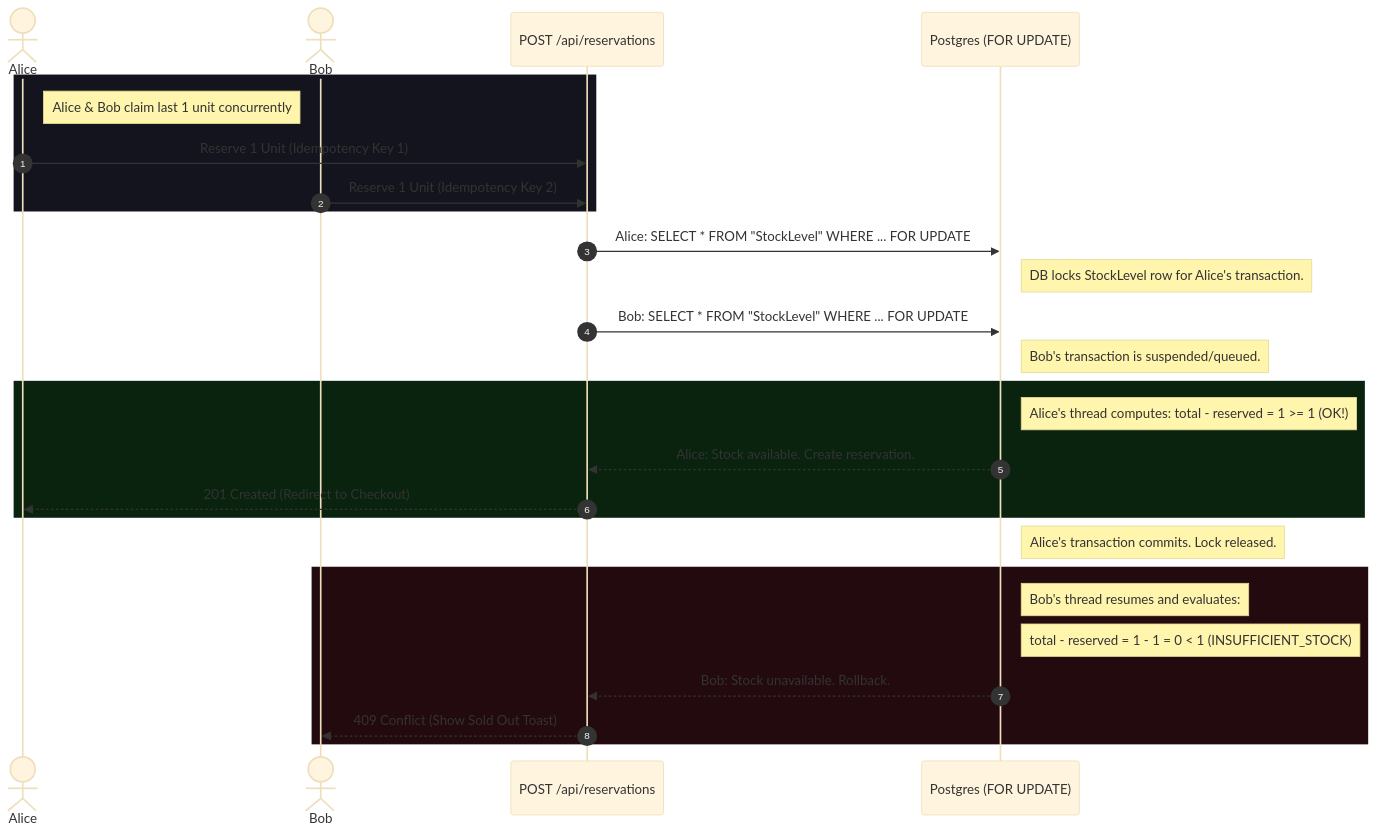
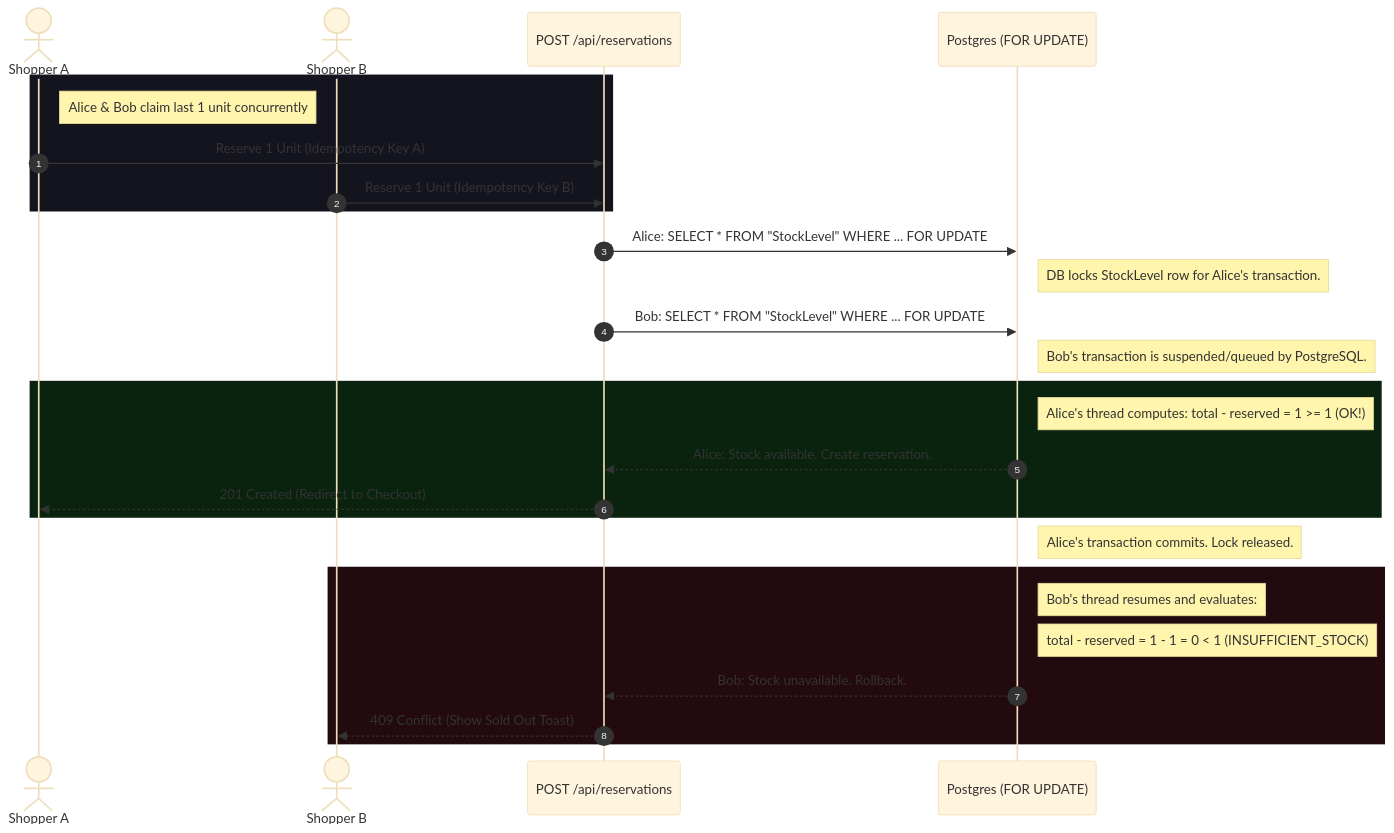
The diagram in README.md (chethan264/allo_health), drawn with Mermaid (base theme) before and after one commit. The commit also changed other lines of this file, not shown here.

````diff
--- a/README.md
+++ b/README.md
@@ -14,35 +115,35 @@
 ```mermaid
 sequenceDiagram
     autonumber
-    actor Alice
-    actor Bob
+    actor Alice as Shopper A
+    actor Bob as Shopper B
     participant API as POST /api/reservations
     participant DB as Postgres (FOR UPDATE)
     
     rect rgb(20, 20, 30)
     note right of Alice: Alice & Bob claim last 1 unit concurrently
-    Alice->>API: Reserve 1 Unit (Idempotency Key 1)
-    Bob->>API: Reserve 1 Unit (Idempotency Key 2)
+    Alice->>API: Reserve 1 Unit (Idempotency Key A)
+    Bob->>API: Reserve 1 Unit (Idempotency Key B)
     end
     
     API->>DB: Alice: SELECT * FROM "StockLevel" WHERE ... FOR UPDATE
     note right of DB: DB locks StockLevel row for Alice's transaction.
     
     API->>DB: Bob: SELECT * FROM "StockLevel" WHERE ... FOR UPDATE
-    note right of DB: Bob's transaction is suspended/queued.
+    note right of DB: Bob's transaction is suspended/queued by PostgreSQL.
     
     rect rgb(10, 35, 15)
     note right of DB: Alice's thread computes: total - reserved = 1 >= 1 (OK!)
     DB-->>API: Alice: Stock available. Create reservation.
     API-->>Alice: 201 Created (Redirect to Checkout)
     end
     
     note right of DB: Alice's transaction commits. Lock released.
     
     rect rgb(35, 10, 15)
     note right of DB: Bob's thread resumes and evaluates:
     note right of DB: total - reserved = 1 - 1 = 0 < 1 (INSUFFICIENT_STOCK)
     DB-->>API: Bob: Stock unavailable. Rollback.
     API-->>Bob: 409 Conflict (Show Sold Out Toast)
     end
 ```
````
